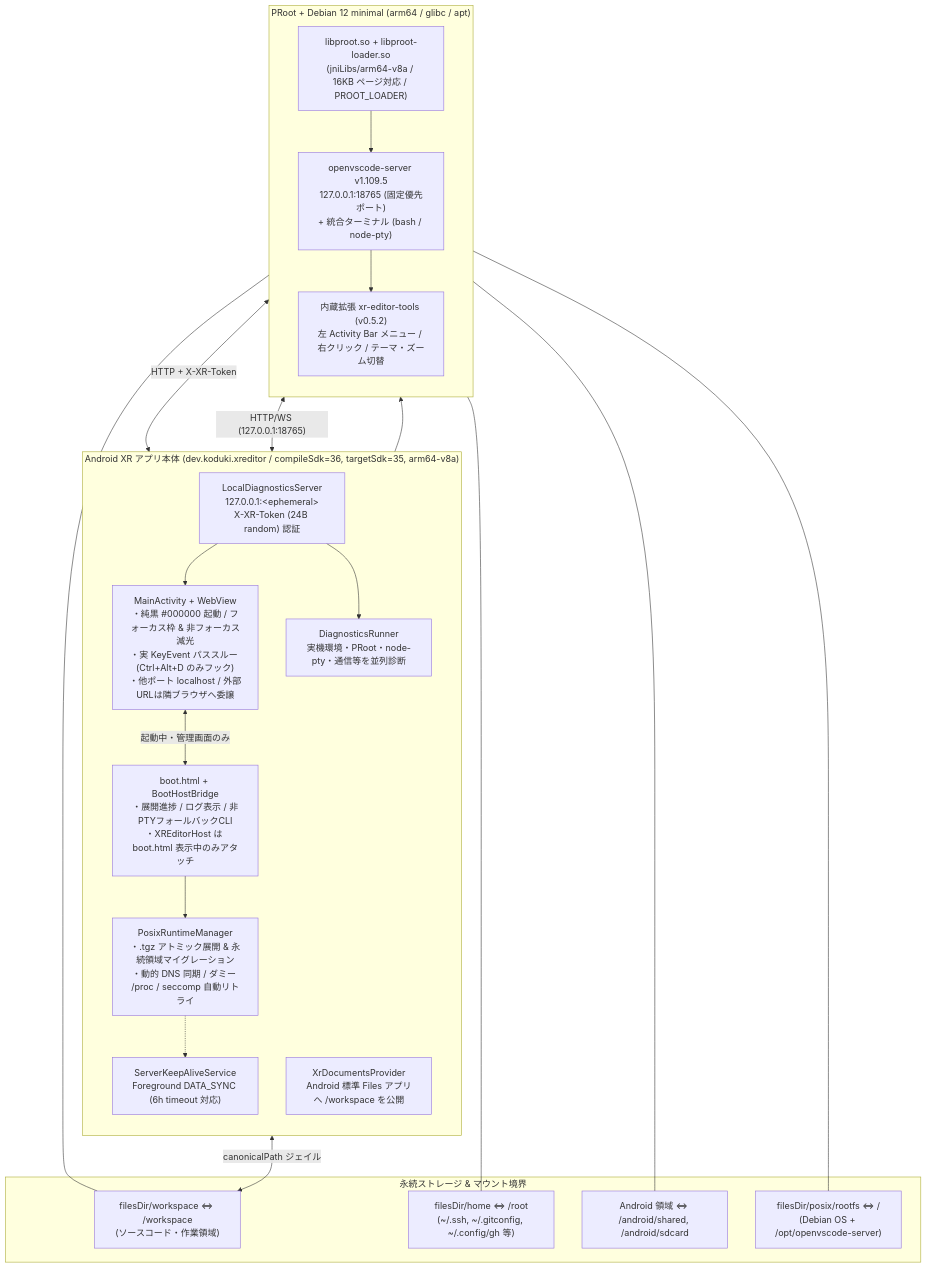
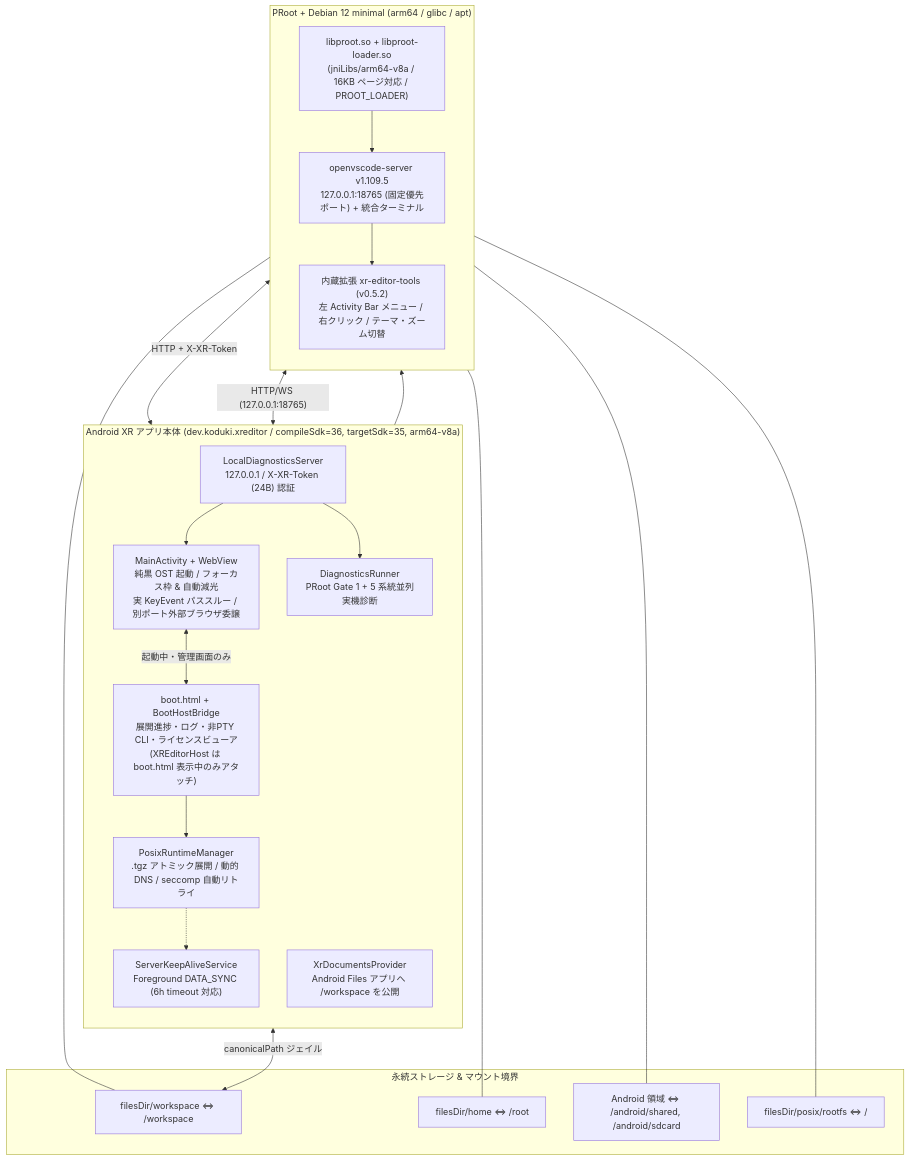
Before and after one commit to koduki/3d-editor: the diagram in README.md, drawn with Mermaid. The commit also changed other lines of this file and 10 other files, not shown here.

````diff
--- a/README.md
+++ b/README.md
@@ -41,43 +52,43 @@
 ```mermaid
 flowchart TB
     subgraph AndroidXR["Android XR アプリ本体 (dev.koduki.xreditor / compileSdk=36, targetSdk=35, arm64-v8a)"]
         direction TB
-        MA["MainActivity + WebView<br/>・純黒 #000000 起動 / フォーカス枠 & 非フォーカス減光<br/>・実 KeyEvent パススルー (Ctrl+Alt+D のみフック)<br/>・他ポート localhost / 外部URLは隣ブラウザへ委譲"]
-        BOOT["boot.html + BootHostBridge<br/>・展開進捗 / ログ表示 / 非PTYフォールバックCLI<br/>・XREditorHost は boot.html 表示中のみアタッチ"]
-        ADMIN["LocalDiagnosticsServer<br/>127.0.0.1:&lt;ephemeral&gt;<br/>X-XR-Token (24B random) 認証"]
-        DIAG["DiagnosticsRunner<br/>実機環境・PRoot・node-pty・通信等を並列診断"]
-        DOC["XrDocumentsProvider<br/>Android 標準 Files アプリへ /workspace を公開"]
+        MA["MainActivity + WebView<br/>純黒 OST 起動 / フォーカス枠 & 自動減光<br/>実 KeyEvent パススルー / 別ポート外部ブラウザ委譲"]
+        BOOT["boot.html + BootHostBridge<br/>展開進捗・ログ・非PTY CLI・ライセンスビューア<br/>(XREditorHost は boot.html 表示中のみアタッチ)"]
+        ADMIN["LocalDiagnosticsServer<br/>127.0.0.1 / X-XR-Token (24B) 認証"]
+        DIAG["DiagnosticsRunner<br/>PRoot Gate 1 + 5 系統並列実機診断"]
+        DOC["XrDocumentsProvider<br/>Android Files アプリへ /workspace を公開"]
         FGS["ServerKeepAliveService<br/>Foreground DATA_SYNC (6h timeout 対応)"]
-        PRM["PosixRuntimeManager<br/>・.tgz アトミック展開 & 永続領域マイグレーション<br/>・動的 DNS 同期 / ダミー /proc / seccomp 自動リトライ"]
+        PRM["PosixRuntimeManager<br/>.tgz アトミック展開 / 動的 DNS / seccomp 自動リトライ"]
     end
 
     subgraph Guest["PRoot + Debian 12 minimal (arm64 / glibc / apt)"]
         direction TB
         PROOT["libproot.so + libproot-loader.so<br/>(jniLibs/arm64-v8a / 16KB ページ対応 / PROOT_LOADER)"]
-        VSC["openvscode-server v1.109.5<br/>127.0.0.1:18765 (固定優先ポート)<br/>+ 統合ターミナル (bash / node-pty)"]
+        VSC["openvscode-server v1.109.5<br/>127.0.0.1:18765 (固定優先ポート) + 統合ターミナル"]
         EXT["内蔵拡張 xr-editor-tools (v0.5.2)<br/>左 Activity Bar メニュー / 右クリック / テーマ・ズーム切替"]
     end
 
     subgraph Storage["永続ストレージ & マウント境界"]
-        WS["filesDir/workspace ⇔ /workspace<br/>(ソースコード・作業領域)"]
-        HOME["filesDir/home ⇔ /root<br/>(~/.ssh, ~/.gitconfig, ~/.config/gh 等)"]
+        WS["filesDir/workspace ⇔ /workspace"]
+        HOME["filesDir/home ⇔ /root"]
         AND["Android 領域 ⇔ /android/shared, /android/sdcard"]
-        ROOTFS["filesDir/posix/rootfs ⇔ /<br/>(Debian OS + /opt/openvscode-server)"]
+        ROOTFS["filesDir/posix/rootfs ⇔ /"]
     end
 
     MA <-->|"HTTP/WS (127.0.0.1:18765)"| VSC
     MA <-->|"起動中・管理画面のみ"| BOOT
     BOOT --> PRM
     EXT <-->|"HTTP + X-XR-Token"| ADMIN
     ADMIN --> DIAG
     ADMIN --> MA
     PRM --> PROOT
     PROOT --> VSC
     VSC --> EXT
     PRM -.-> FGS
     DOC <-->|"canonicalPath ジェイル"| WS
     PROOT --- WS
     PROOT --- HOME
     PROOT --- AND
     PROOT --- ROOTFS
 ```
````
